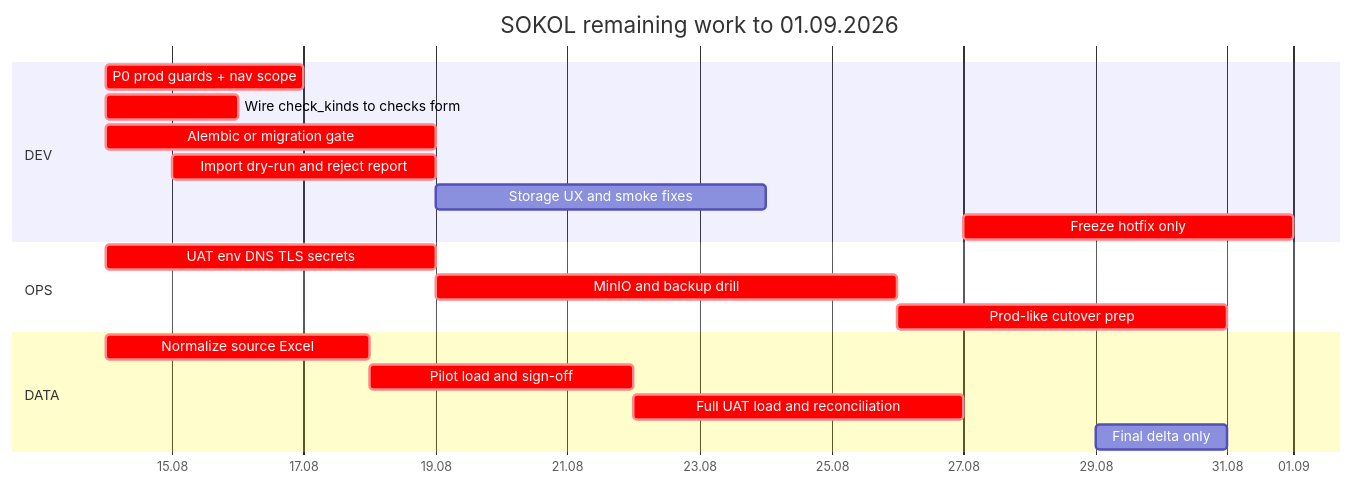
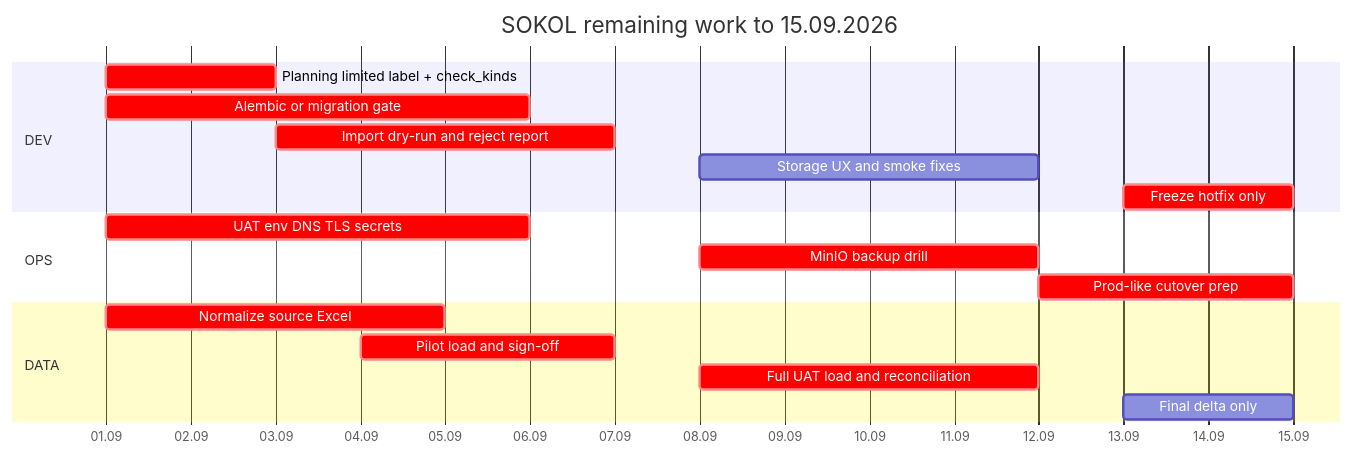
Before and after one commit to sweetd0vee/sokol: the diagram in PLAN.md, drawn with Mermaid. The commit also changed other lines of this file and 1 other file, not shown here.

````diff
--- a/PLAN.md
+++ b/PLAN.md
@@ -70,25 +98,24 @@
 ```mermaid
 gantt
-  title SOKOL remaining work to 01.09.2026
+  title SOKOL remaining work to 15.09.2026
   dateFormat YYYY-MM-DD
   axisFormat %d.%m
 
   section DEV
-  P0 prod guards + nav scope         :crit, dev1, 2026-08-14, 3d
-  Wire check_kinds to checks form    :crit, dev0, 2026-08-14, 2d
-  Alembic or migration gate          :crit, dev2, 2026-08-14, 5d
-  Import dry-run and reject report   :crit, dev3, 2026-08-15, 4d
-  Storage UX and smoke fixes         :dev4, 2026-08-19, 5d
-  Freeze hotfix only                 :crit, dev5, 2026-08-27, 5d
+  Planning limited label + check_kinds :crit, dev0, 2026-09-01, 2d
+  Alembic or migration gate            :crit, dev1, 2026-09-01, 5d
+  Import dry-run and reject report     :crit, dev2, 2026-09-03, 4d
+  Storage UX and smoke fixes           :dev3, 2026-09-08, 4d
+  Freeze hotfix only                   :crit, dev4, 2026-09-13, 2d
 
   section OPS
-  UAT env DNS TLS secrets            :crit, ops1, 2026-08-14, 5d
-  MinIO and backup drill             :crit, ops2, 2026-08-19, 7d
-  Prod-like cutover prep             :crit, ops3, 2026-08-26, 5d
+  UAT env DNS TLS secrets              :crit, ops1, 2026-09-01, 5d
+  MinIO backup drill                   :crit, ops2, 2026-09-08, 4d
+  Prod-like cutover prep               :crit, ops3, 2026-09-12, 3d
 
   section DATA
-  Normalize source Excel             :crit, data1, 2026-08-14, 4d
-  Pilot load and sign-off            :crit, data2, 2026-08-18, 4d
-  Full UAT load and reconciliation   :crit, data3, 2026-08-22, 5d
-  Final delta only                   :data4, 2026-08-29, 2d
+  Normalize source Excel               :crit, data1, 2026-09-01, 4d
+  Pilot load and sign-off              :crit, data2, 2026-09-04, 3d
+  Full UAT load and reconciliation     :crit, data3, 2026-09-08, 4d
+  Final delta only                     :data4, 2026-09-13, 2d
 ```
````
